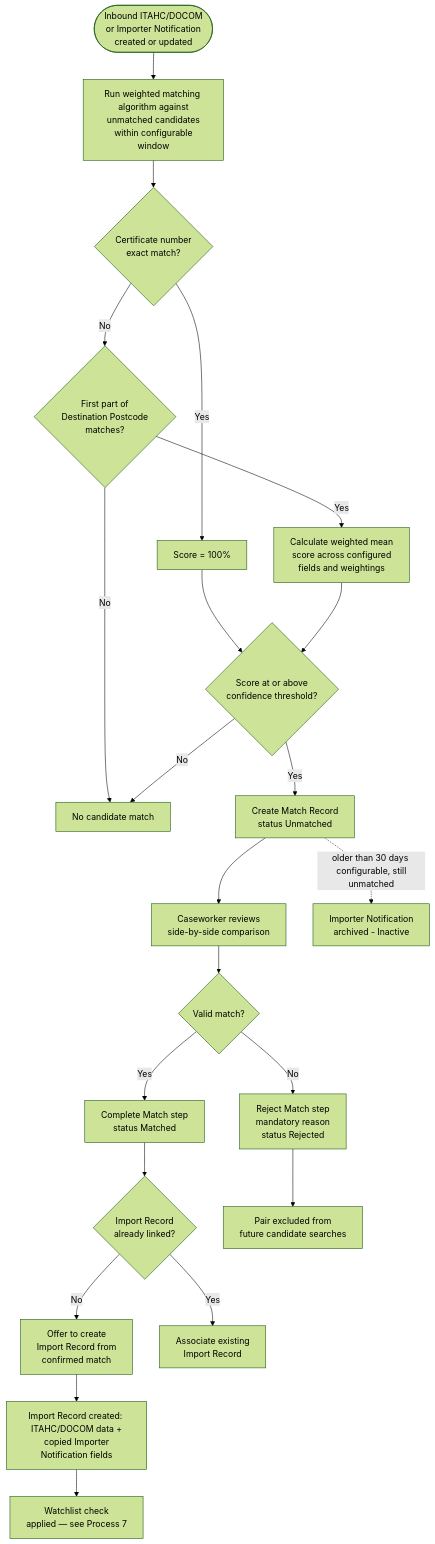
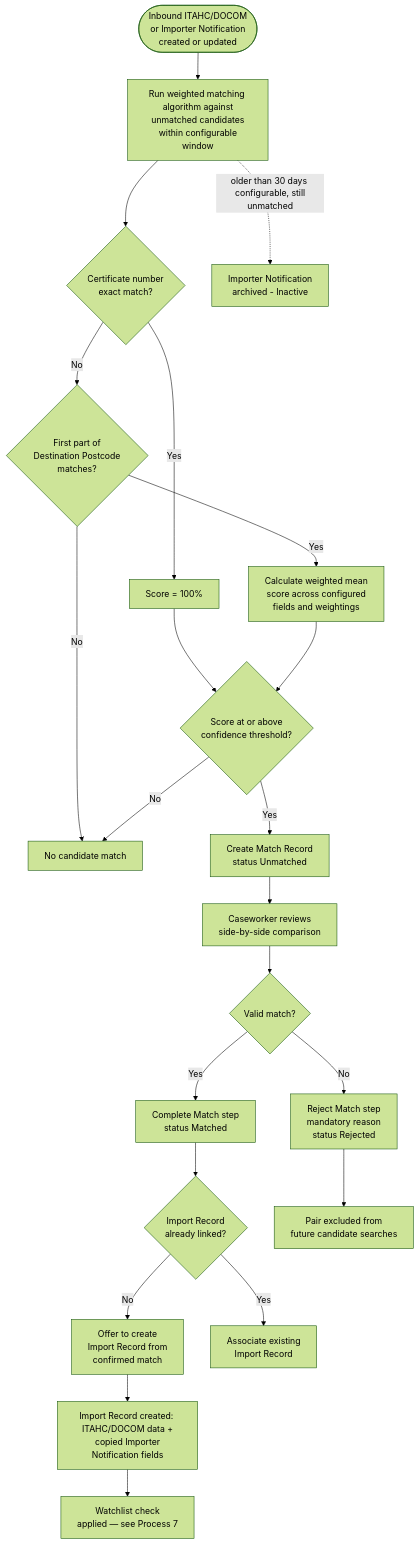
Before and after one commit to DEFRA/trade-imports-pims: the third of 7 diagrams in docs/requirements/diagrams/process-flows.md, drawn with Mermaid (forest theme). The commit also changed 15 other files, not shown here.

````diff
--- a/docs/requirements/diagrams/process-flows.md
+++ b/docs/requirements/diagrams/process-flows.md
@@ -53,24 +53,24 @@
 ```mermaid
 flowchart TD
     A([Inbound ITAHC/DOCOM <br/> or Importer Notification <br/> created or updated]) --> B[Run weighted matching <br/> algorithm against <br/> unmatched candidates <br/> within configurable window]
     B --> C{Certificate number <br/> exact match?}
     C -->|Yes| D[Score = 100%]
     C -->|No| E{First part of <br/> Destination Postcode <br/> matches?}
     E -->|No| F[No candidate match]
     E -->|Yes| G[Calculate weighted mean <br/> score across configured <br/> fields and weightings]
     D --> H{Score at or above <br/> confidence threshold?}
     G --> H
     H -->|No| F
     H -->|Yes| I[Create Match Record <br/> status Unmatched]
     I --> J[Caseworker reviews <br/> side-by-side comparison]
     J --> K{Valid match?}
     K -->|Yes| L[Complete Match step <br/> status Matched]
     K -->|No| M[Reject Match step <br/> mandatory reason <br/> status Rejected]
     L --> N{Import Record <br/> already linked?}
     N -->|No| O[Offer to create <br/> Import Record from <br/> confirmed match]
     N -->|Yes| P[Associate existing <br/> Import Record]
     O --> Q[Import Record created: <br/> ITAHC/DOCOM data + <br/> copied Importer Notification fields]
     Q --> R[Watchlist check <br/> applied — see Process 7]
     M --> S[Pair excluded from <br/> future candidate searches]
-    I -.->|older than 30 days <br/> configurable, still unmatched| T[Importer Notification <br/> archived - Inactive]
+    B -.->|older than 30 days <br/> configurable, still unmatched| T[Importer Notification <br/> archived - Inactive]
 ```
````
